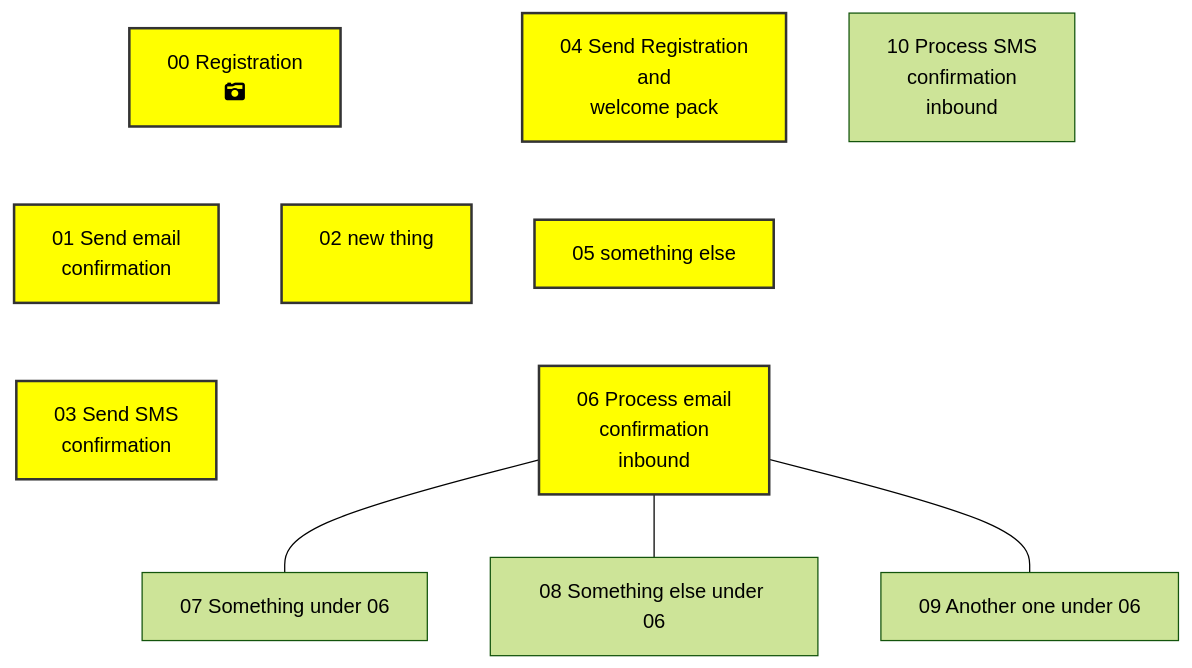
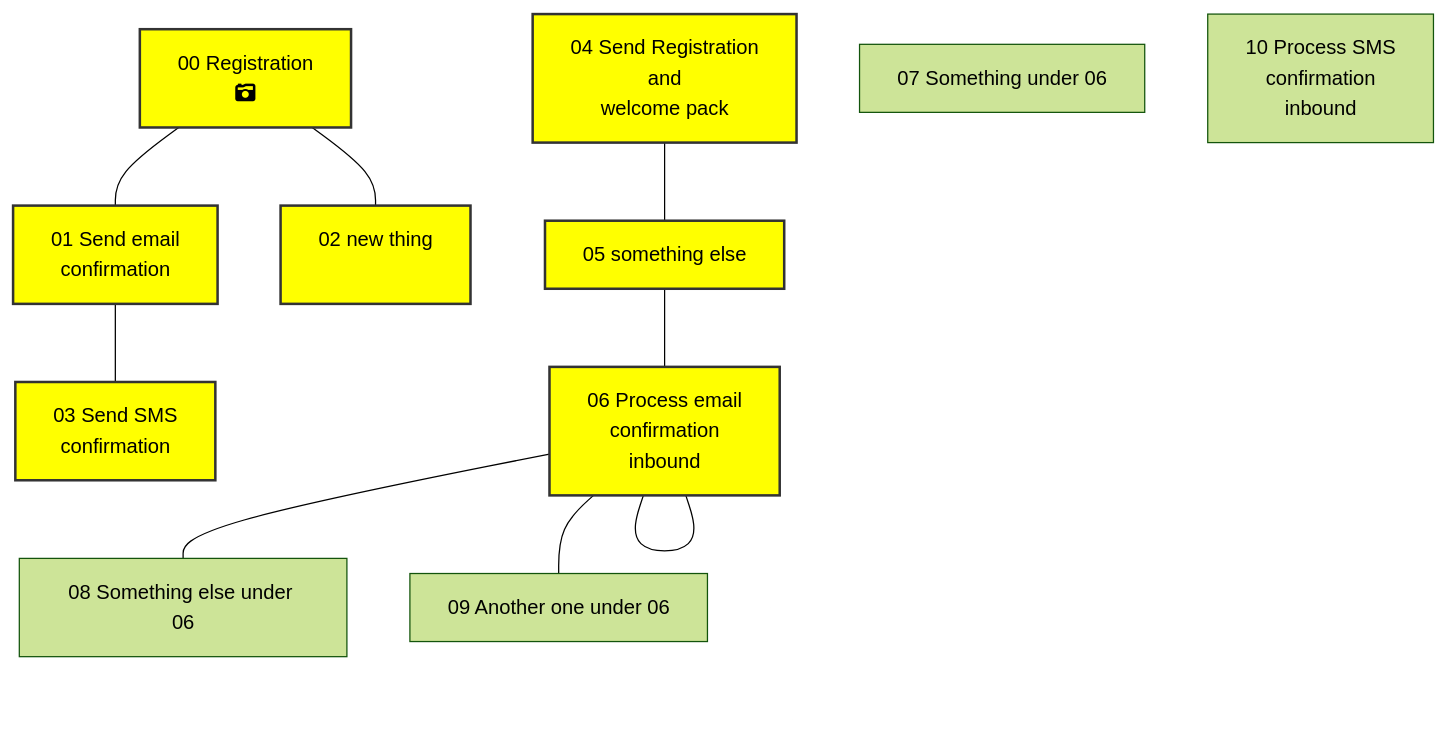
The diagram in User%2DJourneys.md (jimdeane/OpenCCM-wiki), drawn with Mermaid (forest theme) before and after one commit.

Commit message:
Updated User-Journeys

```diff
--- a/User%2DJourneys.md
+++ b/User%2DJourneys.md
@@ -2,27 +2,24 @@
 ::: mermaid
 graph TD;
 id00[00 Registration<br>fa:fa-camera-retro<br>];
-id00---id01[01 Send email<br>confirmation];
-id00---id02[02 new thing<br><br>];
-id01---id03[03 Send SMS<br>confirmation];
+id00---id01
+id00---id02
+id01---id03
+id04---id05
+id06---id06
+id06---id08
+id06---id09
+id01[01 Send email<br>confirmation];
+id02[02 new thing<br><br>];
+id03[03 Send SMS<br>confirmation];
 id04[04 Send Registration<br>and<br>welcome pack];
-id04---id05[05 something else];
+id05[05 something else];
 id05---id06[06 Process email<br>confirmation<br>inbound];
-id06---id07[07 Something under 06]
-id06---id08[08 Something else under 06]
-id06---id09[09 Another one under 06]
+id07[07 Something under 06]
+id08[08 Something else under 06]
+id09[09 Another one under 06]
 id10[10 Process SMS<br>confirmation<br>inbound];
-
-
-class id00,id01,id02,id03,id04,id05,id06 yyy;
-classDef yyy fill:yellow,stroke:#333,stroke-width:2px;
-linkStyle 0 stroke:#FFF,stroke-width:4px,color:red;
-linkStyle 1 stroke:#FFF,stroke-width:4px,color:red;
-linkStyle 2 stroke:#FFF,stroke-width:4px,color:red;
-linkStyle 3 stroke:#FFF,stroke-width:4px,color:red;
-linkStyle 4 stroke:#FFF,stroke-width:4px,color:red;
-%%linkStyle 5 stroke:#FFF,stroke-width:4px,color:red;
-%%linkStyle 6 stroke:#FFF,stroke-width:4px,color:red;
-%%linkStyle 7 stroke:#FFF,stroke-width:4px,color:red;
+class id00,id01,id02,id03,id04,id05,id06 sticky;
+classDef sticky fill:yellow,stroke:#333,stroke-width:2px;
 
 :::
```
